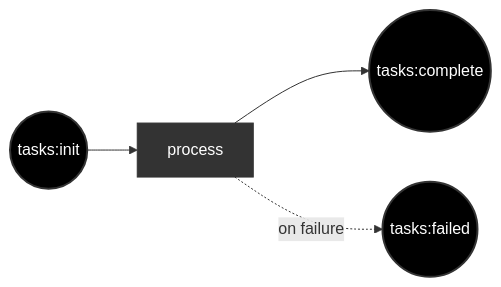
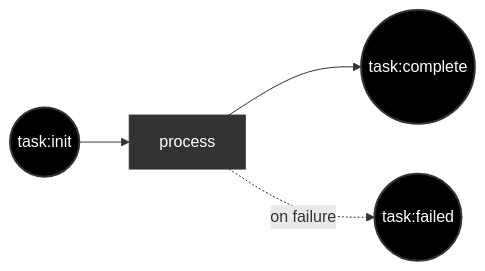
Before and after one commit to portpowered/infinite-you: the diagram in README.md, drawn with Mermaid. The commit also changed 1 other file, not shown here.

Commit message:
feat: [US-001] - Teach one canonical starter inbox path everywhere a new user learns the default flow

````diff
--- a/README.md
+++ b/README.md
@@ -160,16 +160,16 @@
 ```mermaid
 flowchart LR
    classDef place fill:#000,stroke:#333,color:#fff,stroke-width:2px
    classDef transition fill:#333,stroke:#333,color:#fff,rx:0,ry:0
 
-   P0((tasks:init)):::place
-   P1((tasks:complete)):::place
-   P2((tasks:failed)):::place
+   P0((task:init)):::place
+   P1((task:complete)):::place
+   P2((task:failed)):::place
 
    T0[process]:::transition
 
    P0 --> T0
    T0 --> P1
    T0 -.->|on failure| P2
 
 ```
````
